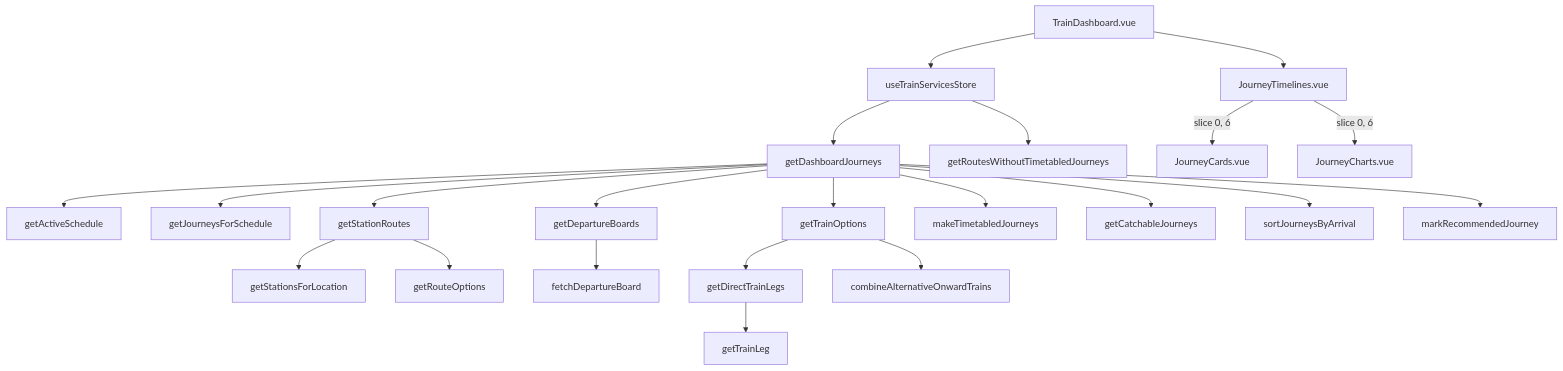
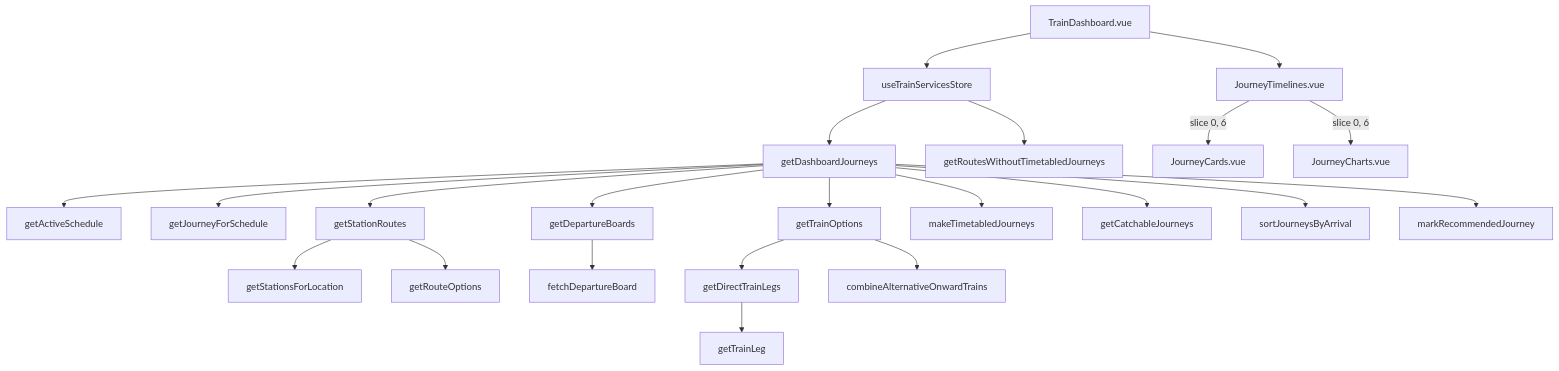
Before and after one commit to nd9600/trainDashboard: the second of 2 diagrams in docs/journey-planning.md, drawn with Mermaid. The commit also changed other lines of this file and 19 other files, not shown here.

````diff
--- a/docs/journey-planning.md
+++ b/docs/journey-planning.md
@@ -64,49 +64,49 @@
 ```mermaid
 flowchart TD
     dashboard[TrainDashboard.vue]
     store[useTrainServicesStore]
     pipeline[getDashboardJourneys]
     active[getActiveSchedule]
-    configured[getJourneysForSchedule]
+    configured[getJourneyForSchedule]
     routes[getStationRoutes]
     stations[getStationsForLocation]
     options[getRouteOptions]
     boards[getDepartureBoards]
     api[fetchDepartureBoard]
     trains[getTrainOptions]
     direct[getDirectTrainLegs]
     service[getTrainLeg]
     alternatives[combineAlternativeOnwardTrains]
     sections[makeTimetabledJourneys]
     catchable[getCatchableJourneys]
     sort[sortJourneysByArrival]
     recommended[markRecommendedJourney]
     missing[getRoutesWithoutTimetabledJourneys]
     timelines[JourneyTimelines.vue]
     cards[JourneyCards.vue]
     charts[JourneyCharts.vue]
 
     dashboard --> store
     store --> pipeline
     pipeline --> active
     pipeline --> configured
     pipeline --> routes
     routes --> stations
     routes --> options
 
     pipeline --> boards
     boards --> api
     pipeline --> trains
     trains --> direct
     trains --> alternatives
     direct --> service
     pipeline --> sections
     pipeline --> catchable
     pipeline --> sort
     pipeline --> recommended
 
     store --> missing
     dashboard --> timelines
     timelines -->|slice 0, 6| cards
     timelines -->|slice 0, 6| charts
 ```
````
